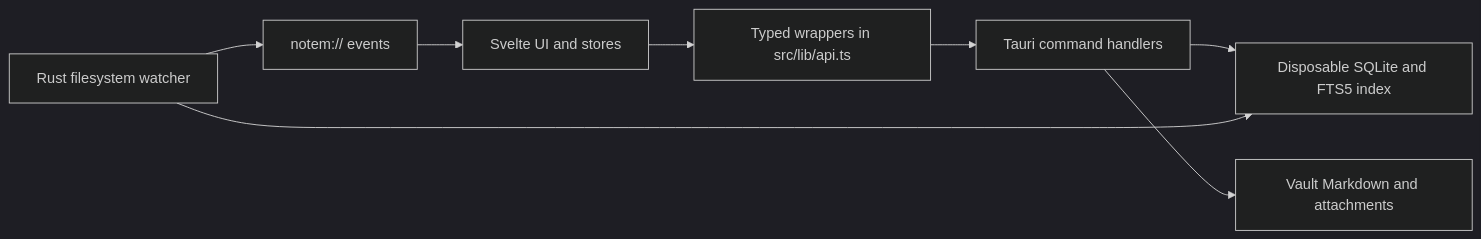
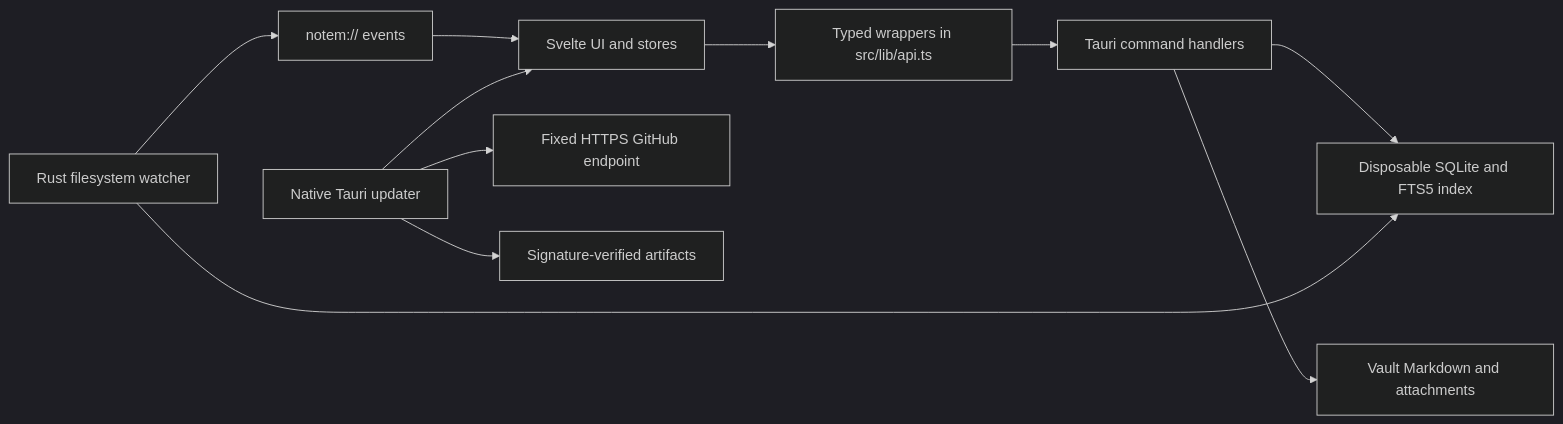
The diagram in docs/ARCHITECTURE.md (omermj/notem), drawn with Mermaid (dark theme) before and after one commit. The commit also changed other lines of this file and 52 other files, not shown here.

````diff
--- a/docs/ARCHITECTURE.md
+++ b/docs/ARCHITECTURE.md
@@ -7,10 +7,13 @@
 ```mermaid
 flowchart LR
   UI["Svelte UI and stores"] --> API["Typed wrappers in src/lib/api.ts"]
   API --> IPC["Tauri command handlers"]
   IPC --> FS["Vault Markdown and attachments"]
   IPC --> DB["Disposable SQLite and FTS5 index"]
   Watcher["Rust filesystem watcher"] --> DB
   Watcher --> Events["notem:// events"]
   Events --> UI
+  Updater["Native Tauri updater"] --> UpdateEndpoint["Fixed HTTPS GitHub endpoint"]
+  Updater --> SignedArtifacts["Signature-verified artifacts"]
+  Updater --> UI
 ```
````
